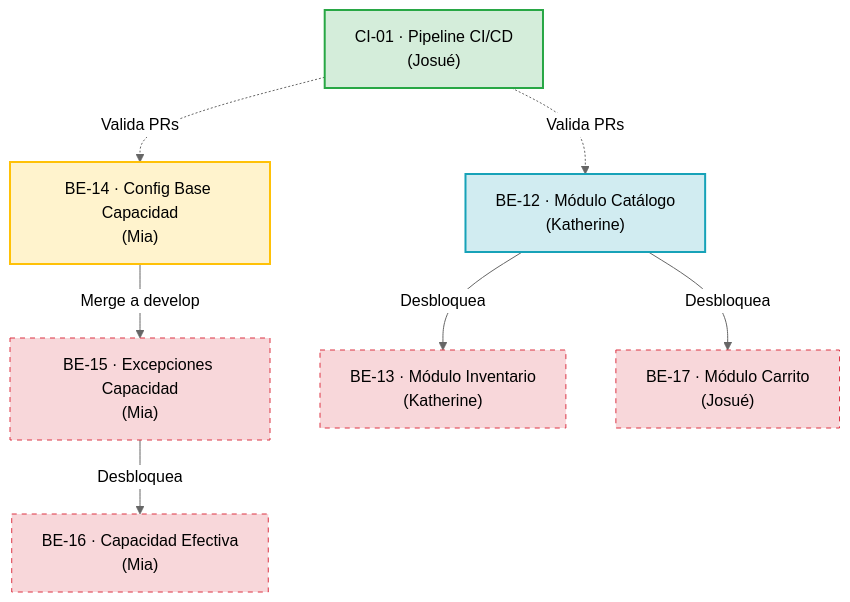
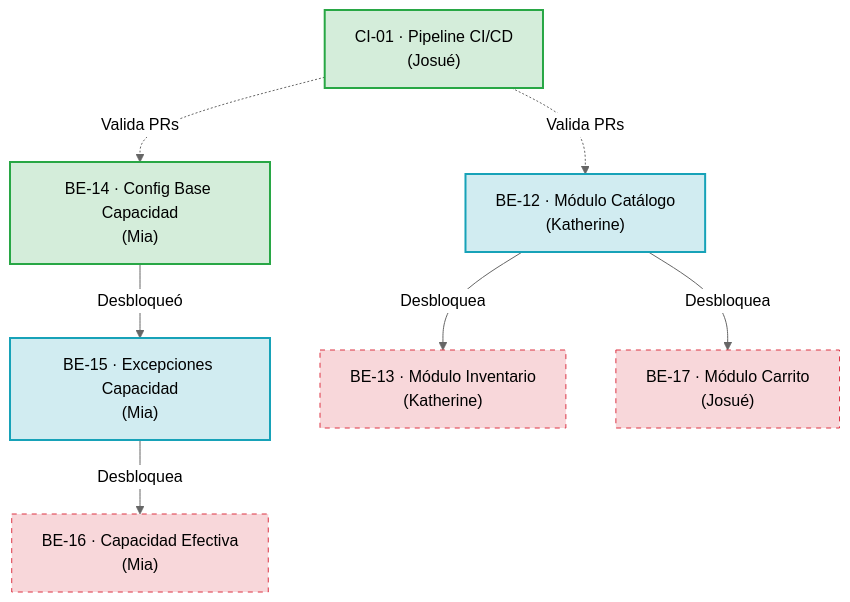
One commit to iJosueeh/jaldishop changed the second of 2 diagrams in docs/06-scrum/sprint-03.md. Above: the diagram before and after it, drawn with Mermaid (neutral theme). The commit also changed other lines of this file and 9 other files, not shown here.

````diff
--- a/docs/06-scrum/sprint-03.md
+++ b/docs/06-scrum/sprint-03.md
@@ -312,22 +311,22 @@
 ```mermaid
 graph TD
     classDef done fill:#d4edda,stroke:#28a745,stroke-width:2px;
     classDef progress fill:#d1ecf1,stroke:#17a2b8,stroke-width:2px;
     classDef review fill:#fff3cd,stroke:#ffc107,stroke-width:2px;
     classDef locked fill:#f8d7da,stroke:#dc3545,stroke-width:1px,stroke-dasharray: 5 5;
 
     CI01["CI-01 · Pipeline CI/CD<br/>(Josué)"]:::done
+    BE14["BE-14 · Config Base Capacidad<br/>(Mia)"]:::done
+    BE15["BE-15 · Excepciones Capacidad<br/>(Mia)"]:::progress
     BE12["BE-12 · Módulo Catálogo<br/>(Katherine)"]:::progress
-    BE14["BE-14 · Config Base Capacidad<br/>(Mia)"]:::review
-    BE15["BE-15 · Excepciones Capacidad<br/>(Mia)"]:::locked
     BE16["BE-16 · Capacidad Efectiva<br/>(Mia)"]:::locked
     BE13["BE-13 · Módulo Inventario<br/>(Katherine)"]:::locked
     BE17["BE-17 · Módulo Carrito<br/>(Josué)"]:::locked
 
     CI01 -. Valida PRs .-> BE12
     CI01 -. Valida PRs .-> BE14
+    BE14 -->|Desbloqueó| BE15
+    BE15 -->|Desbloquea| BE16
     BE12 -->|Desbloquea| BE13
     BE12 -->|Desbloquea| BE17
-    BE14 -->|Merge a develop| BE15
-    BE15 -->|Desbloquea| BE16
 ```
````
